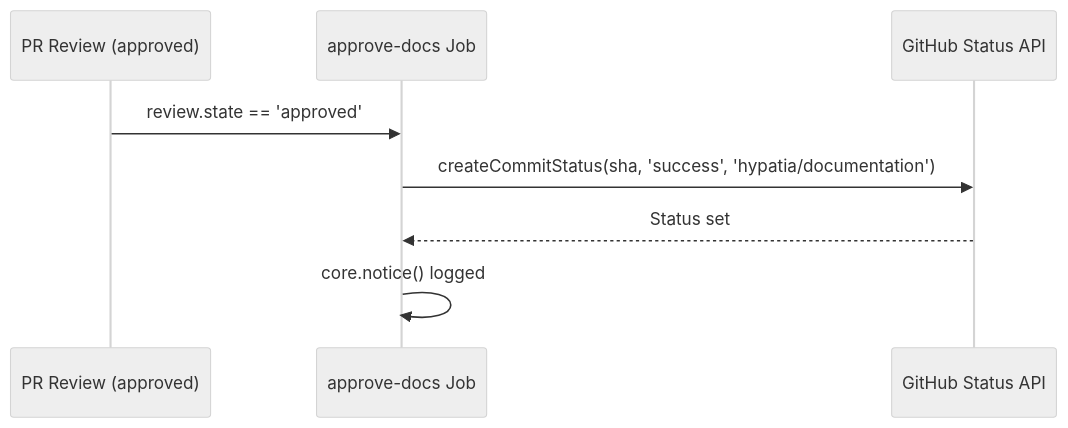
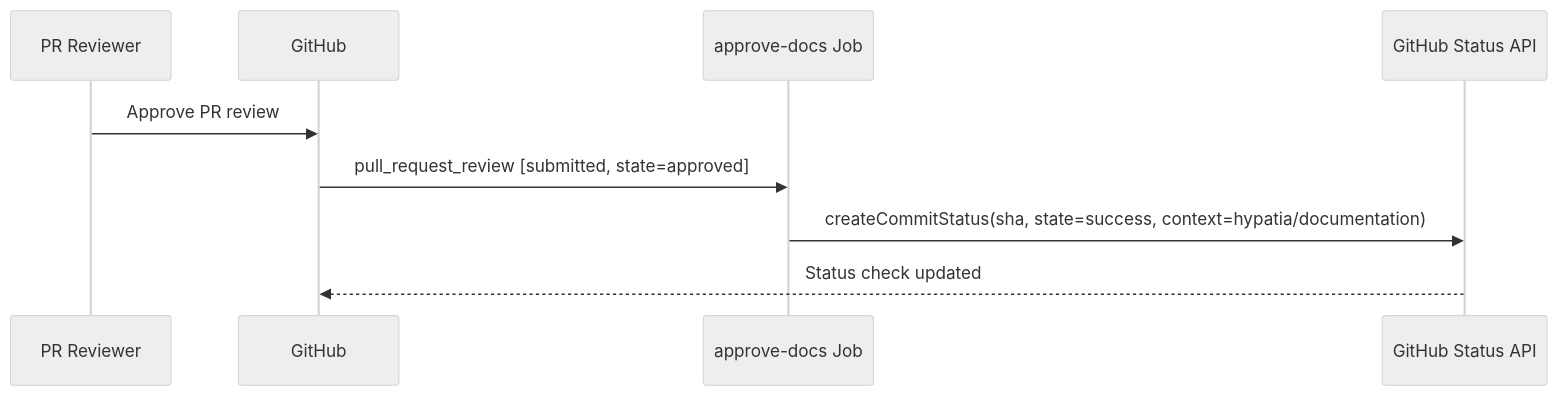
Before and after one commit to cornelisnetworks/opa-psm2-tests: the third of 4 diagrams in docs/.github-workflows.md, drawn with Mermaid (neutral theme). The commit also changed other lines of this file and 2 other files, not shown here.

Commit message:
docs: auto-generate documentation for PR #1 [skip ci]

````diff
--- a/docs/.github-workflows.md
+++ b/docs/.github-workflows.md
@@ -69,11 +65,12 @@
 ```mermaid
 sequenceDiagram
-    participant Review as PR Review (approved)
+    participant Reviewer as PR Reviewer
+    participant GH as GitHub
     participant Approve as approve-docs Job
-    participant GH as GitHub Status API
+    participant Status as GitHub Status API
 
-    Review->>Approve: review.state == 'approved'
-    Approve->>GH: createCommitStatus(sha, 'success', 'hypatia/documentation')
-    GH-->>Approve: Status set
-    Approve->>Approve: core.notice() logged
+    Reviewer->>GH: Approve PR review
+    GH->>Approve: pull_request_review [submitted, state=approved]
+    Approve->>Status: createCommitStatus(sha, state=success, context=hypatia/documentation)
+    Status-->>GH: Status check updated
 ```
````
